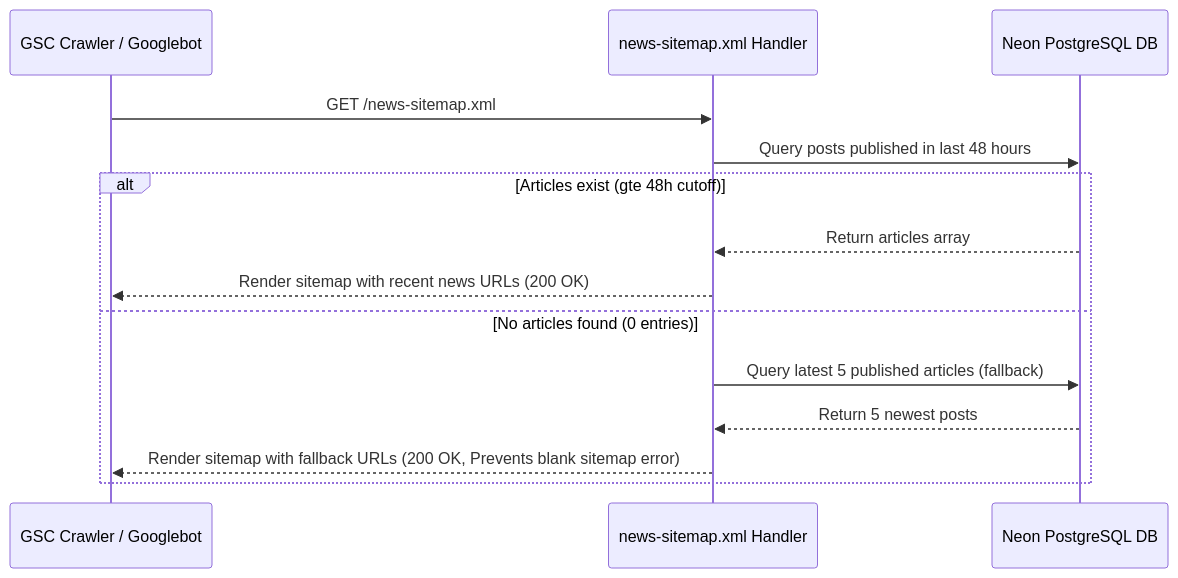
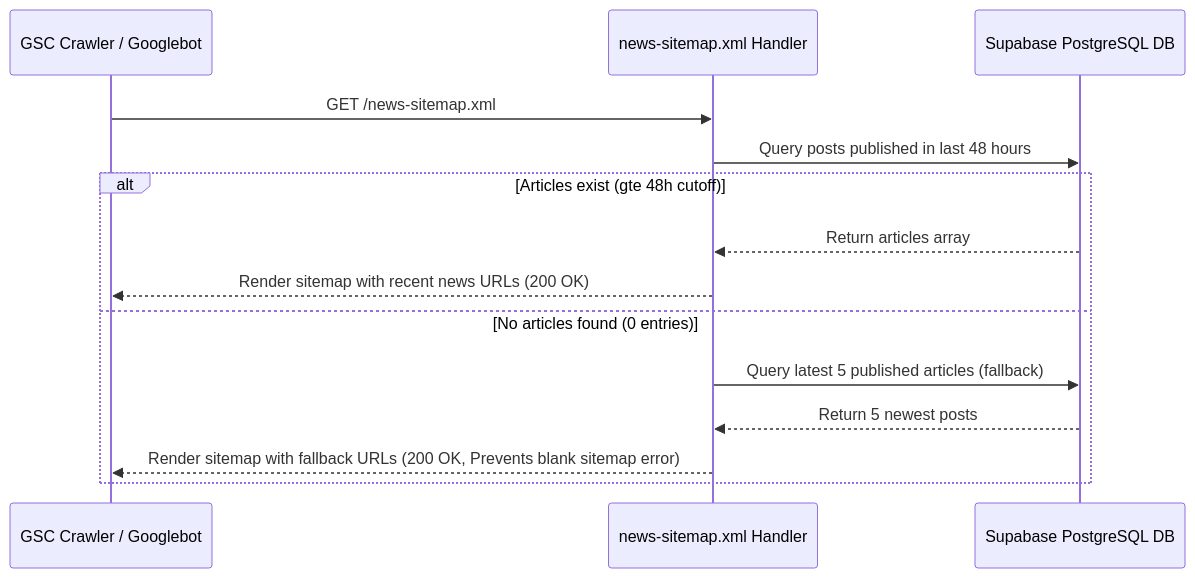
Before and after one commit to 23520904/aurews-seo: the third of 3 diagrams in README.md, drawn with Mermaid. The commit also changed other lines of this file and 71 other files, not shown here.

````diff
--- a/README.md
+++ b/README.md
@@ -118,17 +120,17 @@
 ```mermaid
 sequenceDiagram
     participant Googlebot as GSC Crawler / Googlebot
     participant Route as news-sitemap.xml Handler
-    participant DB as Neon PostgreSQL DB
+    participant DB as Supabase PostgreSQL DB
 
     Googlebot->>Route: GET /news-sitemap.xml
     Route->>DB: Query posts published in last 48 hours
     alt Articles exist (gte 48h cutoff)
         DB-->>Route: Return articles array
         Route-->>Googlebot: Render sitemap with recent news URLs (200 OK)
     else No articles found (0 entries)
         Route->>DB: Query latest 5 published articles (fallback)
         DB-->>Route: Return 5 newest posts
         Route-->>Googlebot: Render sitemap with fallback URLs (200 OK, Prevents blank sitemap error)
     end
 ```
````
